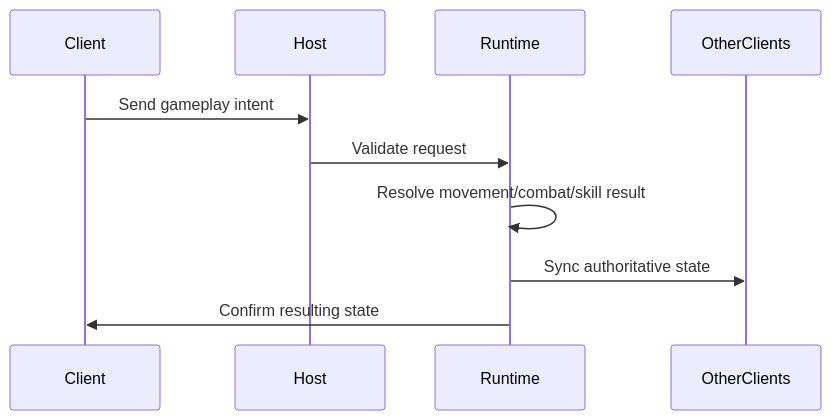
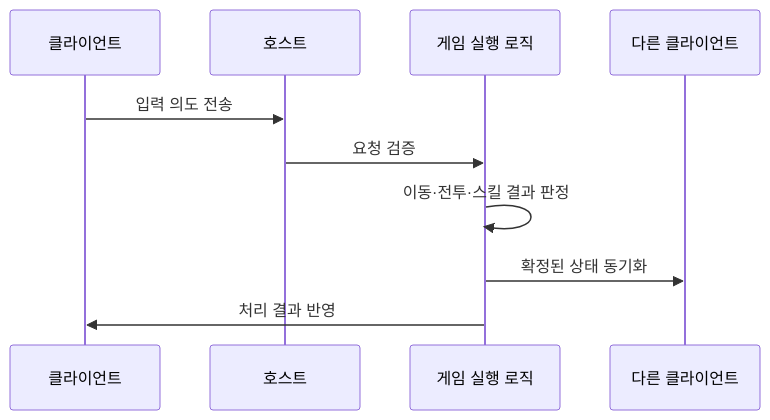
Before and after one commit to paek678/ArenaCombat_server: the diagram in docs/portfolio/multiplayer-runtime.md, drawn with Mermaid. The commit also changed other lines of this file and 4 other files, not shown here.

````diff
--- a/docs/portfolio/multiplayer-runtime.md
+++ b/docs/portfolio/multiplayer-runtime.md
@@ -11,13 +11,13 @@
 ```mermaid
 sequenceDiagram
-    participant Client
-    participant Host
-    participant Runtime
-    participant OtherClients
+    participant Client as 클라이언트
+    participant Host as 호스트
+    participant Runtime as 게임 실행 로직
+    participant OtherClients as 다른 클라이언트
 
-    Client->>Host: Send gameplay intent
-    Host->>Runtime: Validate request
-    Runtime->>Runtime: Resolve movement/combat/skill result
-    Runtime->>OtherClients: Sync authoritative state
-    Runtime->>Client: Confirm resulting state
+    Client->>Host: 입력 의도 전송
+    Host->>Runtime: 요청 검증
+    Runtime->>Runtime: 이동·전투·스킬 결과 판정
+    Runtime->>OtherClients: 확정된 상태 동기화
+    Runtime->>Client: 처리 결과 반영
 ```
````
